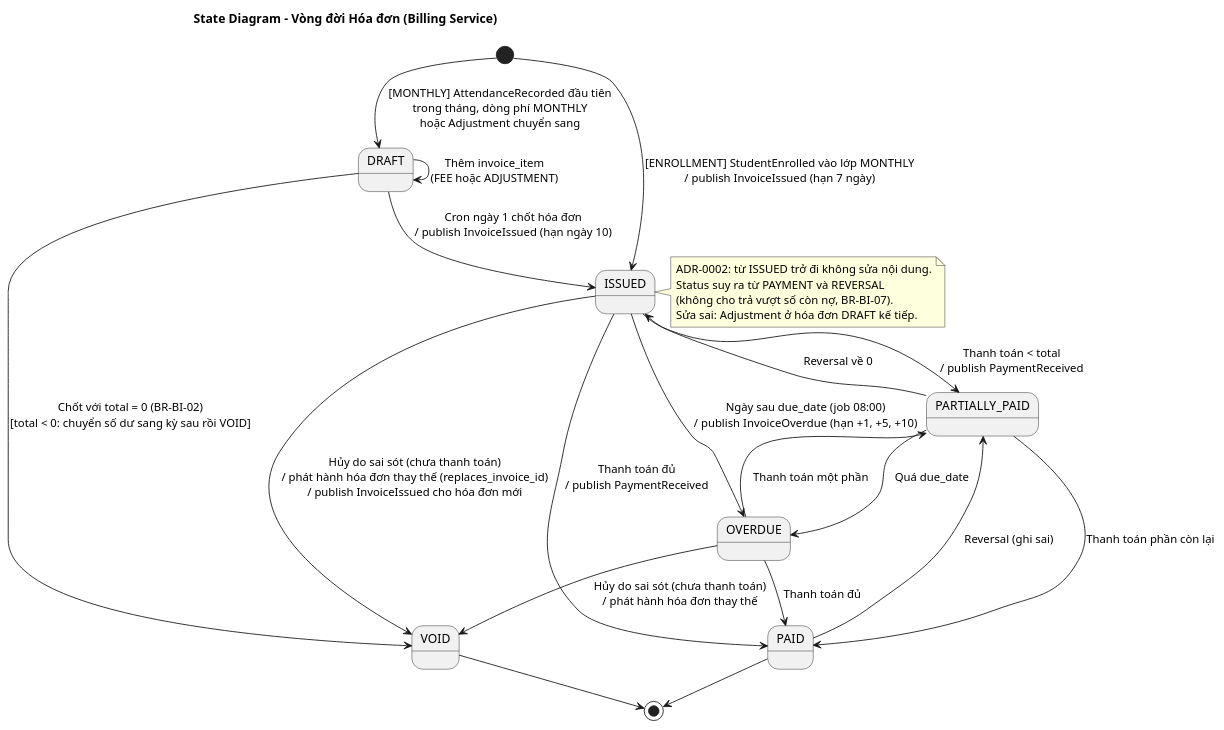
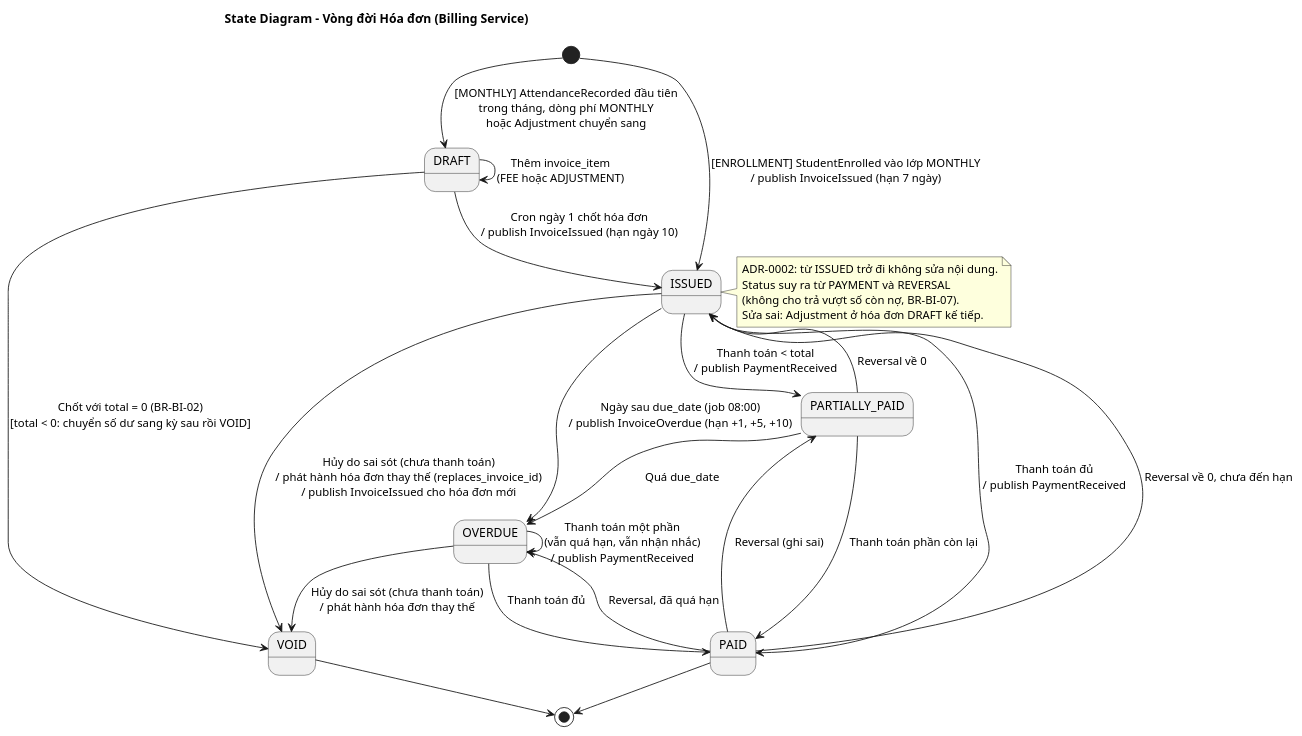
One commit to thuanbui-1203/private-tutor-management-system changed the fourth of 5 diagrams in docs/diagrams/09-state-lifecycle.puml. Above: the diagram before and after it, drawn with PlantUML. The commit also changed 17 other files, not shown here.

First line of the commit message:
Billing: thanh toán, bút toán đảo, công nợ, doanh thu và VietQR

```diff
--- a/docs/diagrams/09-state-lifecycle.puml
+++ b/docs/diagrams/09-state-lifecycle.puml
@@ -100,36 +100,38 @@
 @startuml 09-state-invoice
 ' Bỏ dòng pragma nếu máy đã cài Graphviz
 !pragma layout smetana
 title State Diagram - Vòng đời Hóa đơn (Billing Service)
 
 [*] --> DRAFT : [MONTHLY] AttendanceRecorded đầu tiên\ntrong tháng, dòng phí MONTHLY\nhoặc Adjustment chuyển sang
 [*] --> ISSUED : [ENROLLMENT] StudentEnrolled vào lớp MONTHLY\n/ publish InvoiceIssued (hạn 7 ngày)
 
 DRAFT --> DRAFT : Thêm invoice_item\n(FEE hoặc ADJUSTMENT)
 DRAFT --> ISSUED : Cron ngày 1 chốt hóa đơn\n/ publish InvoiceIssued (hạn ngày 10)
 DRAFT --> VOID : Chốt với total = 0 (BR-BI-02)\n[total < 0: chuyển số dư sang kỳ sau rồi VOID]
 
 ISSUED --> PARTIALLY_PAID : Thanh toán < total\n/ publish PaymentReceived
 ISSUED --> PAID : Thanh toán đủ\n/ publish PaymentReceived
 ISSUED --> OVERDUE : Ngày sau due_date (job 08:00)\n/ publish InvoiceOverdue (hạn +1, +5, +10)
 ISSUED --> VOID : Hủy do sai sót (chưa thanh toán)\n/ phát hành hóa đơn thay thế (replaces_invoice_id)\n/ publish InvoiceIssued cho hóa đơn mới
 OVERDUE --> VOID : Hủy do sai sót (chưa thanh toán)\n/ phát hành hóa đơn thay thế
 
 PARTIALLY_PAID --> PAID : Thanh toán phần còn lại
 PARTIALLY_PAID --> OVERDUE : Quá due_date
 PARTIALLY_PAID --> ISSUED : Reversal về 0
 
-OVERDUE --> PARTIALLY_PAID : Thanh toán một phần
+OVERDUE --> OVERDUE : Thanh toán một phần\n(vẫn quá hạn, vẫn nhận nhắc)\n/ publish PaymentReceived
 OVERDUE --> PAID : Thanh toán đủ
 
 PAID --> PARTIALLY_PAID : Reversal (ghi sai)
+PAID --> ISSUED : Reversal về 0, chưa đến hạn
+PAID --> OVERDUE : Reversal, đã quá hạn
 PAID --> [*]
 VOID --> [*]
 
 note right of ISSUED
   ADR-0002: từ ISSUED trở đi không sửa nội dung.
   Status suy ra từ PAYMENT và REVERSAL
   (không cho trả vượt số còn nợ, BR-BI-07).
   Sửa sai: Adjustment ở hóa đơn DRAFT kế tiếp.
 end note
 @enduml
```
